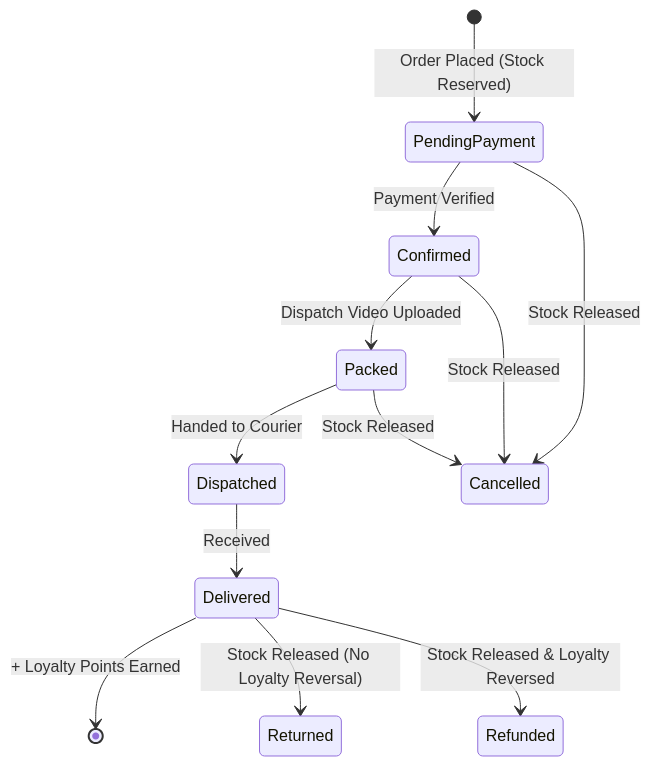
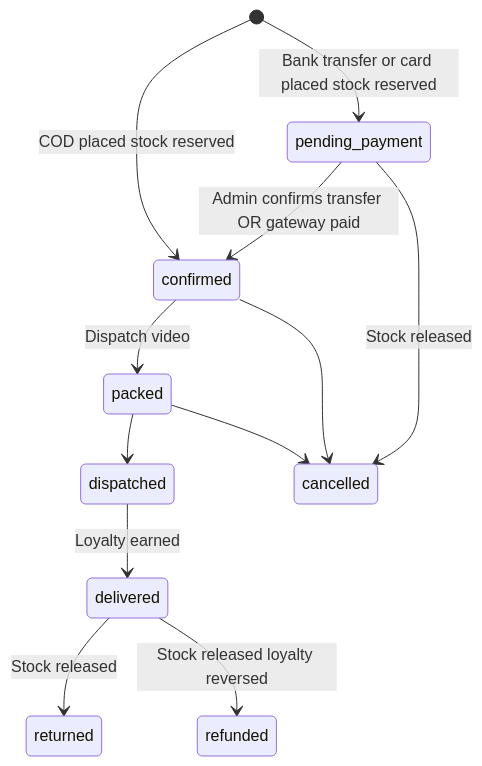
One commit to single-solution/ibrahimMobiles changed diagram 14 of 15 in README.md. Above: the diagram before and after it, drawn with Mermaid. The commit also changed other lines of this file and 203 other files, not shown here.

````diff
--- a/README.md
+++ b/README.md
@@ -303,17 +447,14 @@
 ```mermaid
-stateDiagram-v2
-    [*] --> PendingPayment : Order Placed (Stock Reserved)
-    PendingPayment --> Confirmed : Payment Verified
-    Confirmed --> Packed : Dispatch Video Uploaded
-    Packed --> Dispatched : Handed to Courier
-    Dispatched --> Delivered : Received
-
-    Delivered --> [*] : + Loyalty Points Earned
-
-    PendingPayment --> Cancelled : Stock Released
-    Confirmed --> Cancelled : Stock Released
-    Packed --> Cancelled : Stock Released
-
-    Delivered --> Returned : Stock Released (No Loyalty Reversal)
-    Delivered --> Refunded : Stock Released & Loyalty Reversed
+stateDiagram
+  [*] --> confirmed: COD placed stock reserved
+  [*] --> pending_payment: Bank transfer or card placed stock reserved
+  pending_payment --> confirmed: Admin confirms transfer OR gateway paid
+  confirmed --> packed: Dispatch video
+  packed --> dispatched
+  dispatched --> delivered: Loyalty earned
+  pending_payment --> cancelled: Stock released
+  confirmed --> cancelled
+  packed --> cancelled
+  delivered --> returned: Stock released
+  delivered --> refunded: Stock released loyalty reversed
 ```
````
